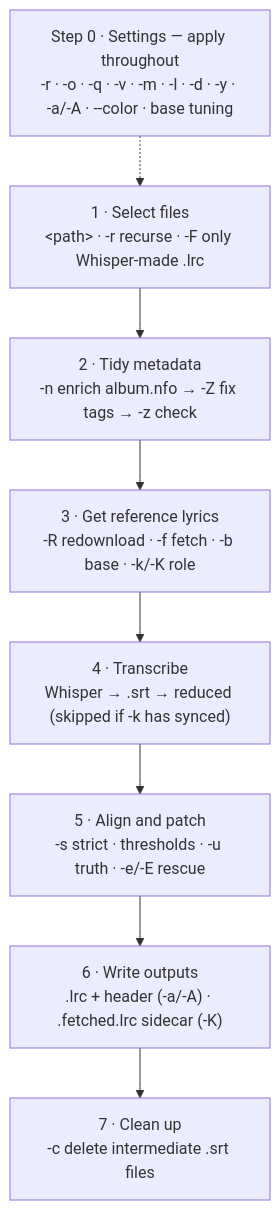
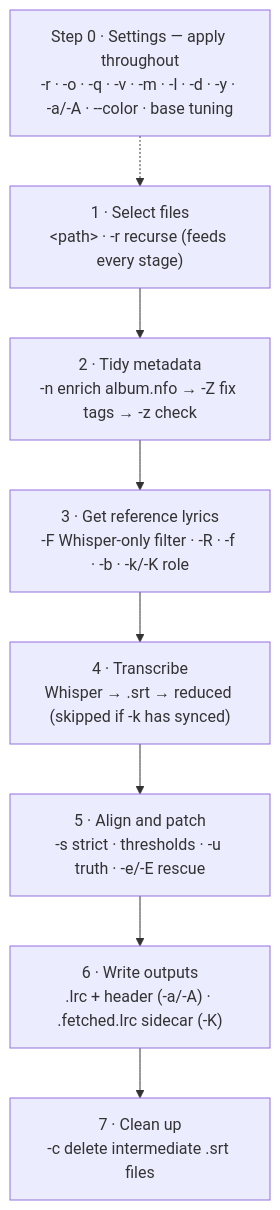
Before and after one commit to Ephellon/PyLy: the diagram in README.md, drawn with Mermaid. The commit also changed other lines of this file, not shown here.

````diff
--- a/README.md
+++ b/README.md
@@ -471,11 +471,11 @@
 ```mermaid
 flowchart TD
     S["Step 0 · Settings — apply throughout<br/>-r · -o · -q · -v · -m · -l · -d · -y · -a/-A · --color · base tuning"] -.-> A
-    A["1 · Select files<br/>&lt;path&gt; · -r recurse · -F only Whisper-made .lrc"] --> B
+    A["1 · Select files<br/>&lt;path&gt; · -r recurse (feeds every stage)"] --> B
     B["2 · Tidy metadata<br/>-n enrich album.nfo → -Z fix tags → -z check"] --> C
-    C["3 · Get reference lyrics<br/>-R redownload · -f fetch · -b base · -k/-K role"] --> D
+    C["3 · Get reference lyrics<br/>-F Whisper-only filter · -R · -f · -b · -k/-K role"] --> D
     D["4 · Transcribe<br/>Whisper → .srt → reduced (skipped if -k has synced)"] --> E
     E["5 · Align and patch<br/>-s strict · thresholds · -u truth · -e/-E rescue"] --> F
     F["6 · Write outputs<br/>.lrc + header (-a/-A) · .fetched.lrc sidecar (-K)"] --> G
     G["7 · Clean up<br/>-c delete intermediate .srt files"]
 ```
````
